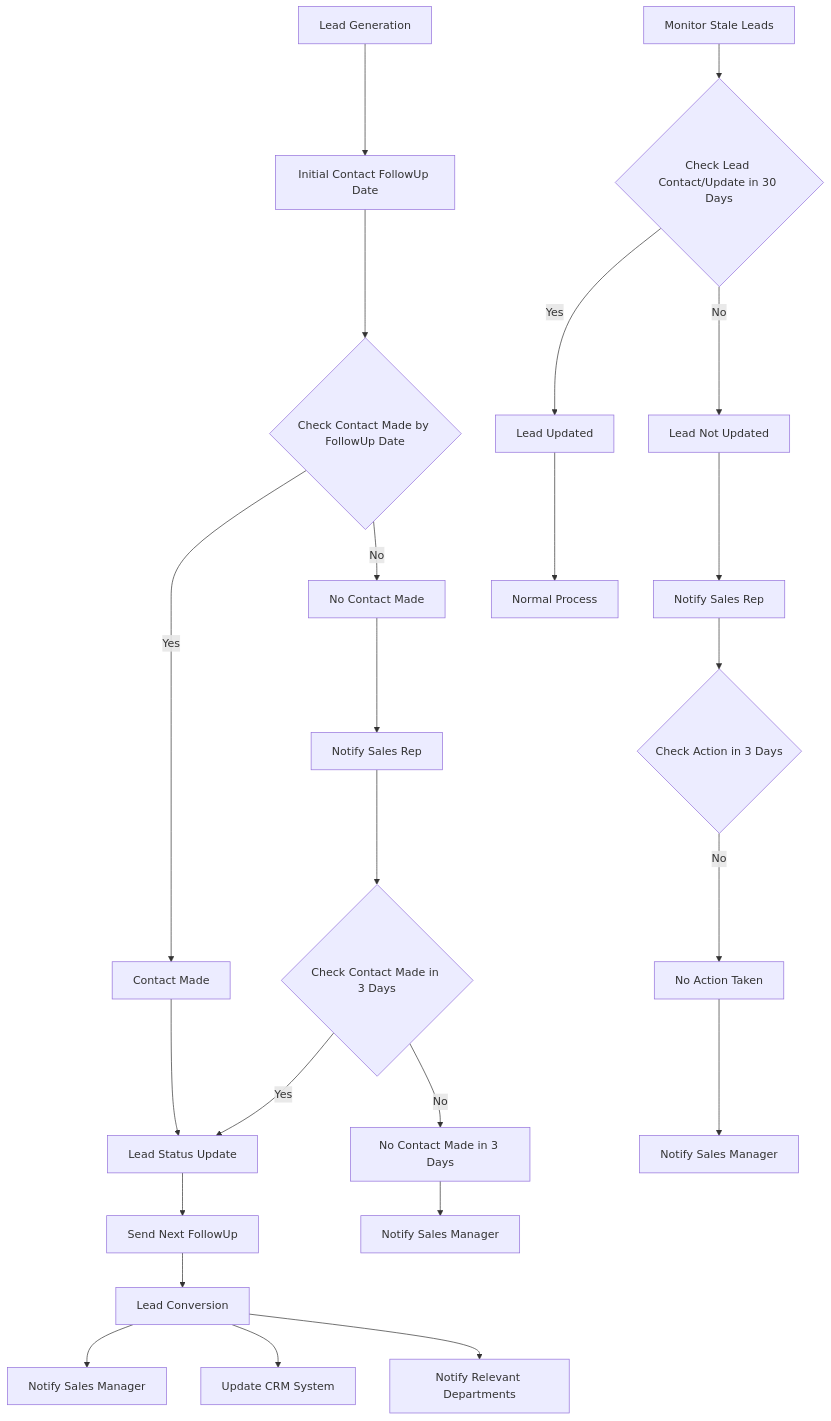
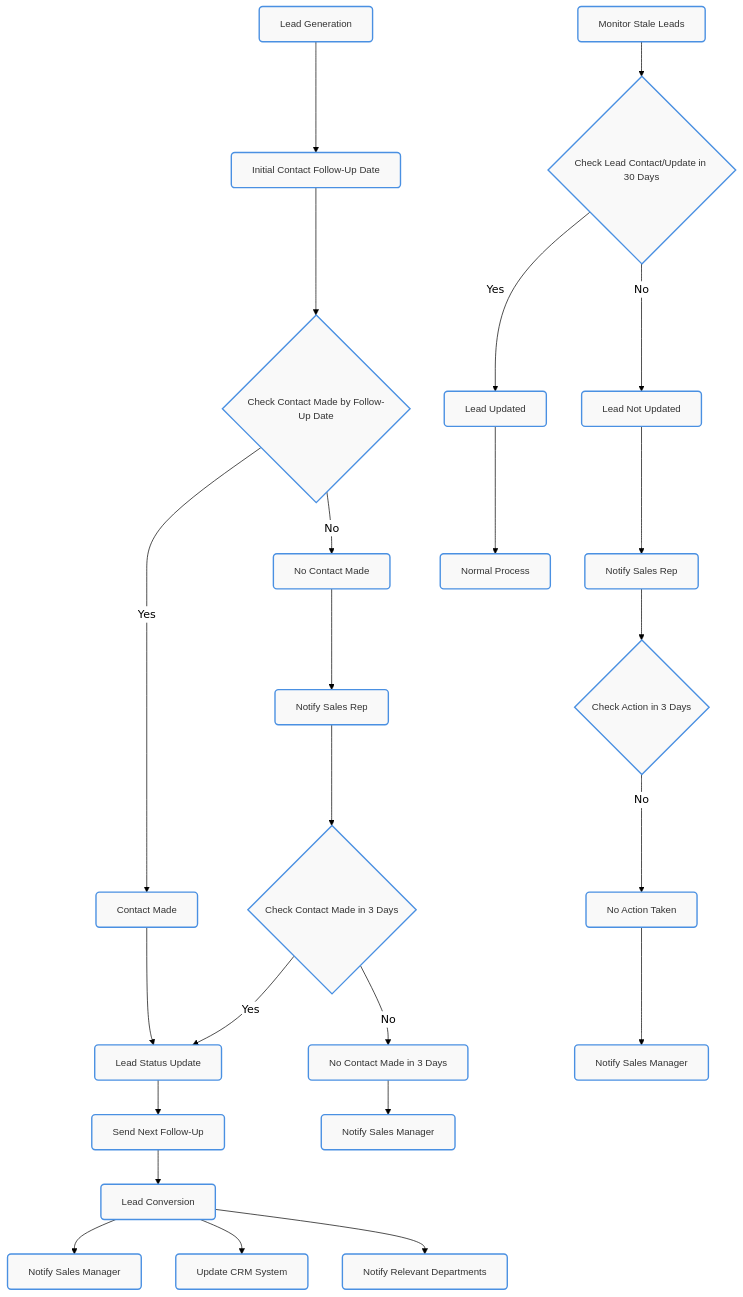
Before and after one commit to TyGrim13/4WinnerFlows: the third of 11 diagrams in README.md, drawn with Mermaid.

````diff
--- a/README.md
+++ b/README.md
@@ -181,53 +181,61 @@
 ```mermaid
 
+%%{init: {'theme': 'forest', 'themeVariables': { 'primaryColor': '#4a90e2', 'edgeLabelBackground': '#ffffff', 'tertiaryColor': '#f4f4f4', 'primaryBorderColor': '#333', 'primaryTextColor': '#333', 'fontFamily': 'Arial'}}}%%
+
 flowchart TD
+    classDef default fill:#f9f9f9,stroke:#4a90e2,stroke-width:2px,color:#333,font-family:'Arial',font-size:14px,rx:5,ry:5;
+    classDef manager fill:#e3f2fd,stroke:#1e88e5,stroke-width:2px,color:#333,font-family:'Arial',font-size:14px,font-weight:bold,rx:5,ry:5;
+    classDef supervisor fill:#c8e6c9,stroke:#43a047,stroke-width:2px,color:#333,font-family:'Arial',font-size:14px,font-weight:bold,rx:5,ry:5;
+    classDef team fill:#fff3e0,stroke:#fb8c00,stroke-width:2px,color:#333,font-family:'Arial',font-size:14px,rx:5,ry:5;
+    classDef ceo fill:#fff9c4,stroke:#fbc02d,stroke-width:2px,color:#333,font-family:'Arial',font-size:16px,font-weight:bold,rx:5,ry:5;
+
     A1[Lead Generation]
-    A2[Initial Contact FollowUp Date]
-    A3{Check Contact Made by FollowUp Date}
+    A2[Initial Contact Follow-Up Date]
+    A3{Check Contact Made by Follow-Up Date}
     A3a[Contact Made]
     A3b[No Contact Made]
     A3c[Notify Sales Rep]
     A3d{Check Contact Made in 3 Days}
     A3e[No Contact Made in 3 Days]
     A3f[Notify Sales Manager]
     A4[Lead Status Update]
-    A4a[Send Next FollowUp]
+    A4a[Send Next Follow-Up]
     A4b[Lead Conversion]
     A4c[Notify Sales Manager]
     A4d[Update CRM System]
     A4e[Notify Relevant Departments]
     A5[Monitor Stale Leads]
     A5a{Check Lead Contact/Update in 30 Days}
     A5b[Lead Updated]
     A5c[Normal Process]
     A5d[Lead Not Updated]
     A5e[Notify Sales Rep]
     A5f{Check Action in 3 Days}
     A5g[No Action Taken]
     A5h[Notify Sales Manager]
 
     A1 --> A2
     A2 --> A3
     A3 -->|Yes| A3a
     A3 -->|No| A3b
     A3a --> A4
     A3b --> A3c
     A3c --> A3d
     A3d -->|Yes| A4
     A3d -->|No| A3e
     A3e --> A3f
     A4 --> A4a
     A4a --> A4b
     A4b --> A4c
     A4b --> A4d
     A4b --> A4e
     A5 --> A5a
     A5a -->|Yes| A5b
     A5a -->|No| A5d
     A5b --> A5c
     A5d --> A5e
     A5e --> A5f
     A5f -->|No| A5g
     A5g --> A5h
 
 ```
````
